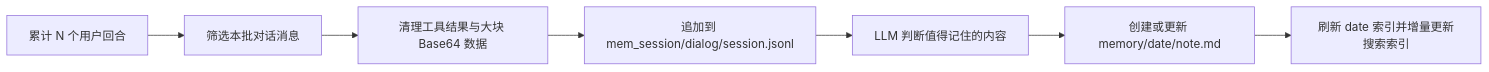
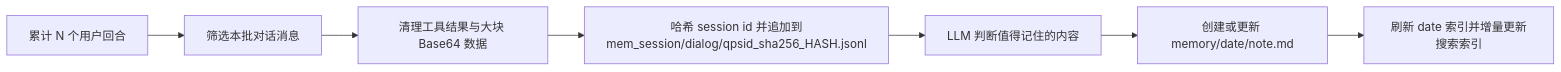
Before and after one commit to agentscope-ai/QwenPaw: the second of 5 diagrams in website/public/docs/memory.zh.md, drawn with Mermaid. The commit also changed other lines of this file and 7 other files, not shown here.

````diff
--- a/website/public/docs/memory.zh.md
+++ b/website/public/docs/memory.zh.md
@@ -116,9 +116,9 @@
 ```mermaid
 flowchart LR
     A[累计 N 个用户回合] --> B[筛选本批对话消息]
     B --> C[清理工具结果与大块 Base64 数据]
-    C --> D[追加到 mem_session/dialog/session.jsonl]
+    C --> D[哈希 session id 并追加到<br/>mem_session/dialog/qpsid_sha256_HASH.jsonl]
     D --> E[LLM 判断值得记住的内容]
     E --> F[创建或更新 memory/date/note.md]
     F --> G[刷新 date 索引并增量更新搜索索引]
 ```
````
